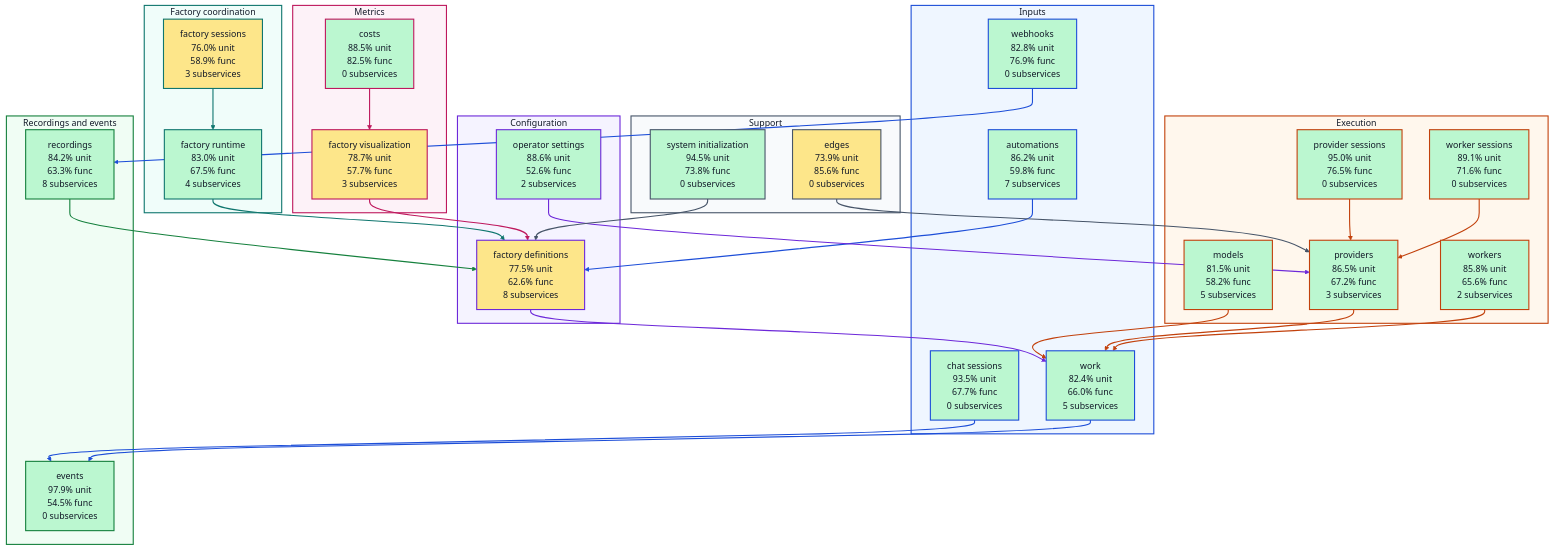
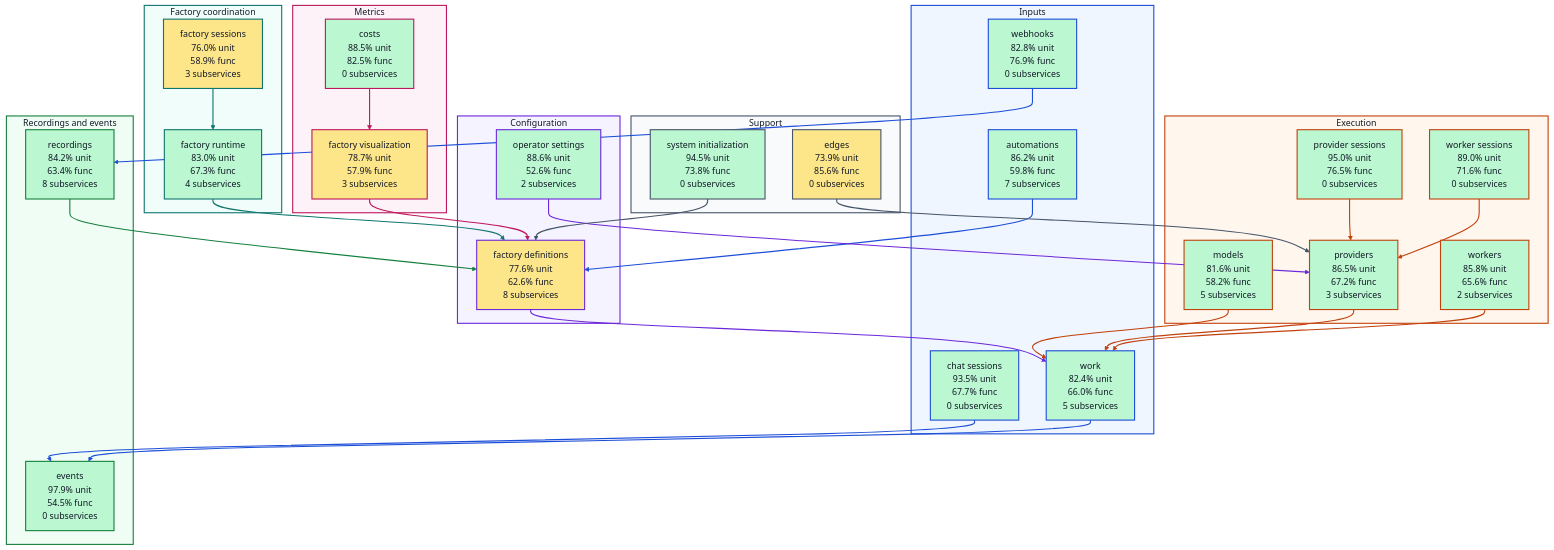
The diagram in docs/architecture/visualizations/high-level-test-coverage.md (portpowered/you-agent-factory), drawn with Mermaid before and after one commit. The commit also changed other lines of this file and 20 other files, not shown here.

Commit message:
docs: refresh backend architecture visualizations

```diff
--- a/docs/architecture/visualizations/high-level-test-coverage.md
+++ b/docs/architecture/visualizations/high-level-test-coverage.md
@@ -17,27 +17,27 @@
     s_services_work["work<br/>82.4% unit<br/>66.0% func<br/>5 subservices"]
   end
   subgraph configuration["Configuration"]
-    s_services_factory_definitions["factory definitions<br/>77.5% unit<br/>62.6% func<br/>8 subservices"]
+    s_services_factory_definitions["factory definitions<br/>77.6% unit<br/>62.6% func<br/>8 subservices"]
     s_services_operator_settings["operator settings<br/>88.6% unit<br/>52.6% func<br/>2 subservices"]
   end
   subgraph coordination["Factory coordination"]
-    s_services_factory_runtime["factory runtime<br/>83.0% unit<br/>67.5% func<br/>4 subservices"]
+    s_services_factory_runtime["factory runtime<br/>83.0% unit<br/>67.3% func<br/>4 subservices"]
     s_services_factory_sessions["factory sessions<br/>76.0% unit<br/>58.9% func<br/>3 subservices"]
   end
   subgraph execution["Execution"]
-    s_services_models["models<br/>81.5% unit<br/>58.2% func<br/>5 subservices"]
+    s_services_models["models<br/>81.6% unit<br/>58.2% func<br/>5 subservices"]
     s_services_provider_sessions["provider sessions<br/>95.0% unit<br/>76.5% func<br/>0 subservices"]
     s_services_providers["providers<br/>86.5% unit<br/>67.2% func<br/>3 subservices"]
-    s_services_worker_sessions["worker sessions<br/>89.1% unit<br/>71.6% func<br/>0 subservices"]
+    s_services_worker_sessions["worker sessions<br/>89.0% unit<br/>71.6% func<br/>0 subservices"]
     s_services_workers["workers<br/>85.8% unit<br/>65.6% func<br/>2 subservices"]
   end
   subgraph recordings["Recordings and events"]
     s_services_events["events<br/>97.9% unit<br/>54.5% func<br/>0 subservices"]
-    s_services_recordings["recordings<br/>84.2% unit<br/>63.3% func<br/>8 subservices"]
+    s_services_recordings["recordings<br/>84.2% unit<br/>63.4% func<br/>8 subservices"]
   end
   subgraph metrics["Metrics"]
     s_services_costs["costs<br/>88.5% unit<br/>82.5% func<br/>0 subservices"]
-    s_services_factory_visualization["factory visualization<br/>78.7% unit<br/>57.7% func<br/>3 subservices"]
+    s_services_factory_visualization["factory visualization<br/>78.7% unit<br/>57.9% func<br/>3 subservices"]
   end
   subgraph support["Support"]
     s_services_edges["edges<br/>73.9% unit<br/>85.6% func<br/>0 subservices"]
```
